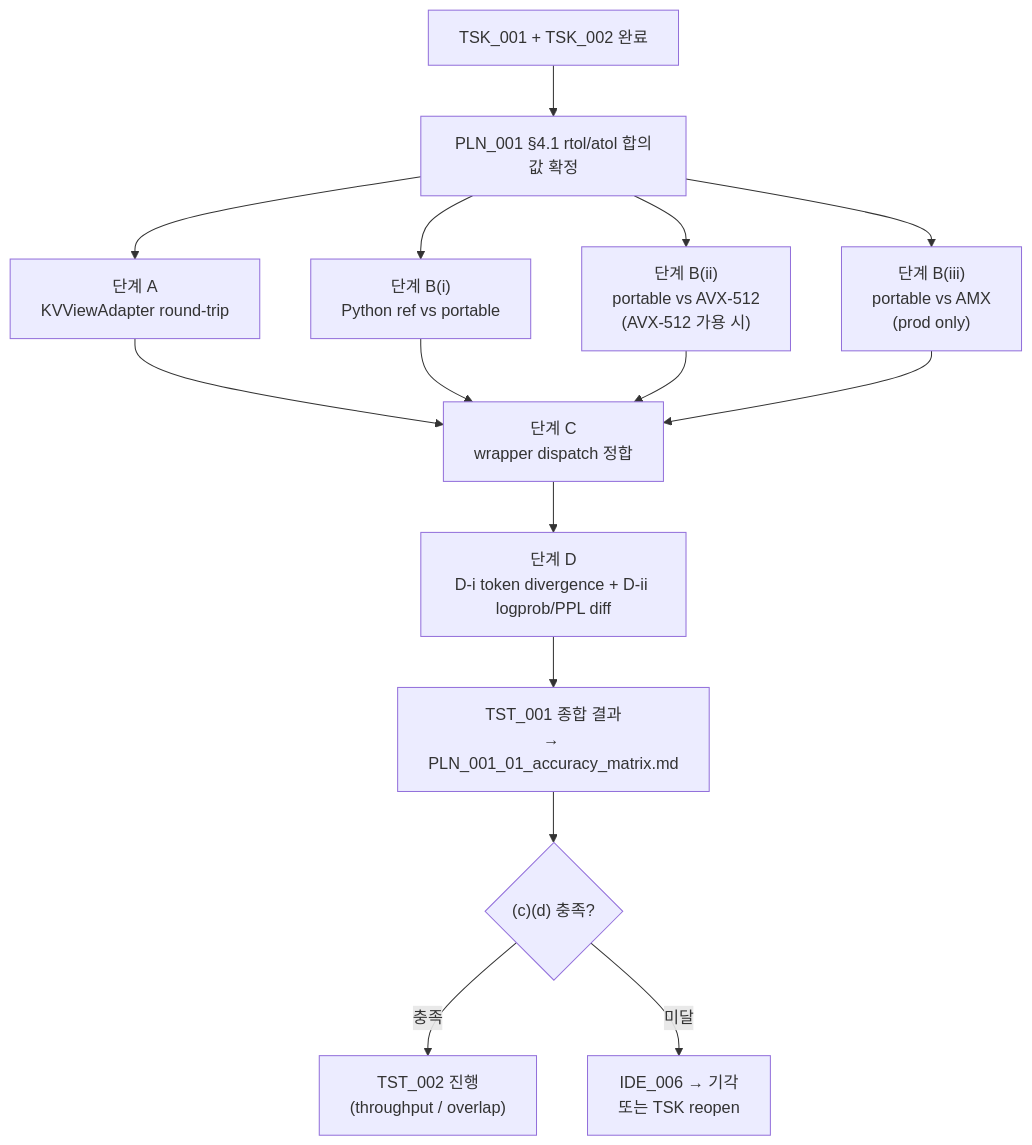
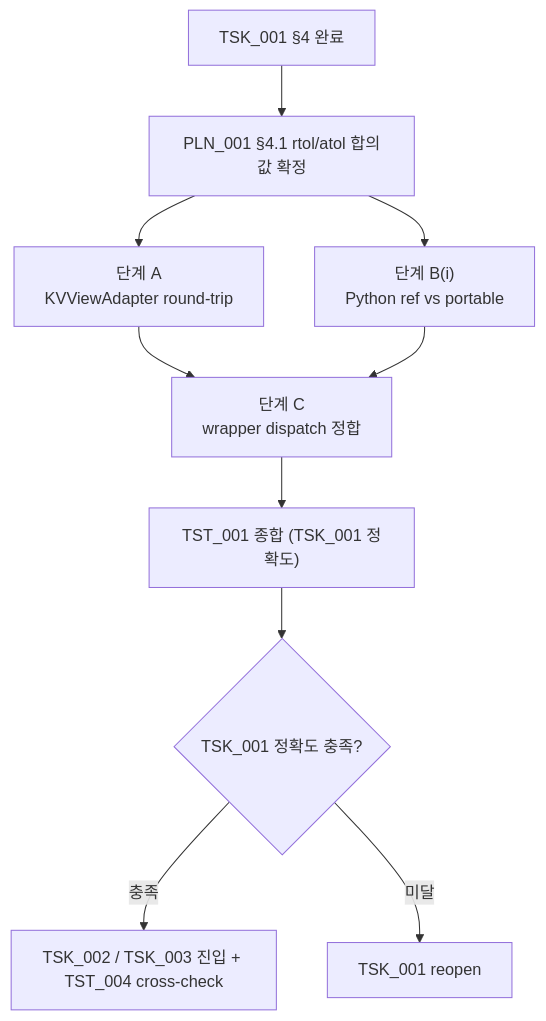
Before and after one commit to mystous/vllm_hybrid: the diagram in shadow_assists/features/IDE_006/TST_001.md, drawn with Mermaid. The commit also changed other lines of this file and 29 other files, not shown here.

First line of the commit message:
docs(IDE_006): import IDE_006 docs (1/2/3 차 재정의 + TSK_001~011) from cold-kv branch

````diff
--- a/shadow_assists/features/IDE_006/TST_001.md
+++ b/shadow_assists/features/IDE_006/TST_001.md
@@ -299,18 +256,13 @@
 ```mermaid
 flowchart TB
-    DEPS["TSK_001 + TSK_002 완료"]
+    DEPS["TSK_001 §4 완료"]
     DEPS --> CFG["PLN_001 §4.1 rtol/atol 합의값 확정"]
     CFG --> A["단계 A<br/>KVViewAdapter round-trip"]
     CFG --> B1["단계 B(i)<br/>Python ref vs portable"]
-    CFG --> B2["단계 B(ii)<br/>portable vs AVX-512<br/>(AVX-512 가용 시)"]
-    CFG --> B3["단계 B(iii)<br/>portable vs AMX<br/>(prod only)"]
     A --> C["단계 C<br/>wrapper dispatch 정합"]
     B1 --> C
-    B2 --> C
-    B3 --> C
-    C --> D["단계 D<br/>D-i token divergence + D-ii logprob/PPL diff"]
-    D --> SUM["TST_001 종합 결과<br/>→ PLN_001_01_accuracy_matrix.md"]
-    SUM --> GATE{"(c)(d) 충족?"}
-    GATE -->|충족| TST2["TST_002 진행<br/>(throughput / overlap)"]
-    GATE -->|미달| REJ["IDE_006 → 기각<br/>또는 TSK reopen"]
+    C --> SUM["TST_001 종합 (TSK_001 정확도)"]
+    SUM --> GATE{"TSK_001 정확도 충족?"}
+    GATE -->|충족| NEXT["TSK_002 / TSK_003 진입 + TST_004 cross-check"]
+    GATE -->|미달| REJ["TSK_001 reopen"]
 ```
````
